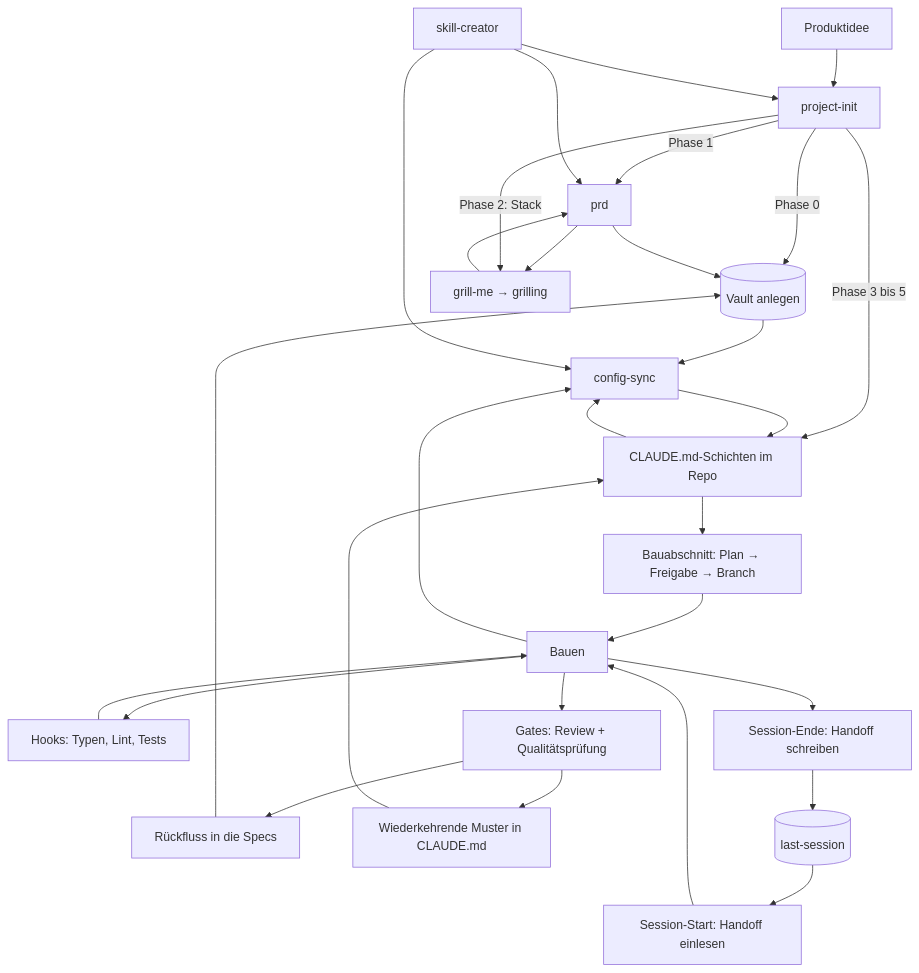
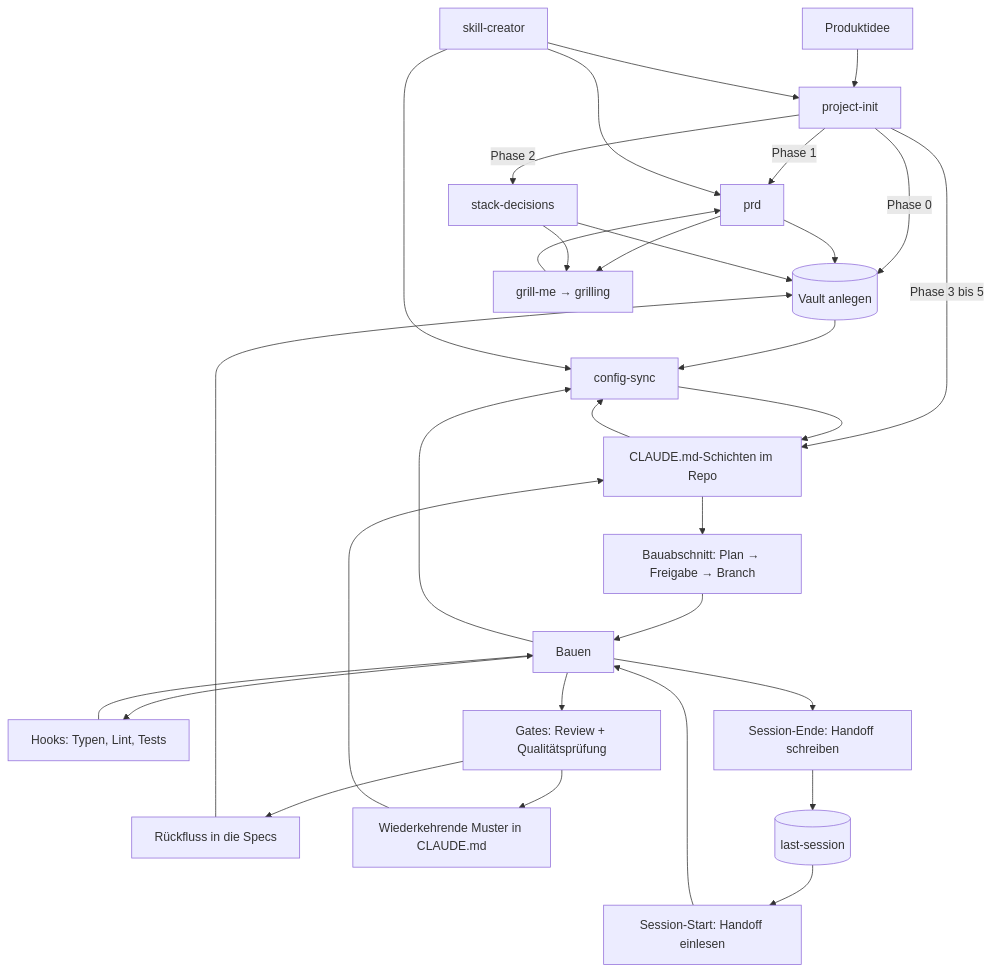
The diagram in LOOP.md (mxrius1706/Ai-Coding-Framework), drawn with Mermaid before and after one commit. The commit also changed other lines of this file and 3 other files, not shown here.

First line of the commit message:
feat(skills): stack-decisions herausloesen

````diff
--- a/LOOP.md
+++ b/LOOP.md
@@ -25,35 +25,37 @@
 ```mermaid
 flowchart TD
     A[Produktidee] --> E[project-init]
     E -->|Phase 0| D[(Vault anlegen)]
     E -->|Phase 1| B[prd]
     B --> C[grill-me → grilling]
     C --> B
     B --> D
-    E -->|Phase 2: Stack| C
+    E -->|Phase 2| S[stack-decisions]
+    S --> C
+    S --> D
     E -->|Phase 3 bis 5| F[CLAUDE.md-Schichten im Repo]
 
     F --> G[Bauabschnitt: Plan → Freigabe → Branch]
     G --> H[Bauen]
     H --> I[Hooks: Typen, Lint, Tests]
     I --> H
     H --> J[Gates: Review + Qualitätsprüfung]
     J --> K[Rückfluss in die Specs]
     K --> D
     J --> L[Wiederkehrende Muster in CLAUDE.md]
     L --> F
 
     F --> M[config-sync]
     M --> F
     D --> M
     H --> M
 
     N[Session-Ende: Handoff schreiben] --> O[(last-session)]
     O --> P[Session-Start: Handoff einlesen]
     P --> H
     H --> N
 
     Q[skill-creator] --> B
     Q --> E
     Q --> M
 ```
````
